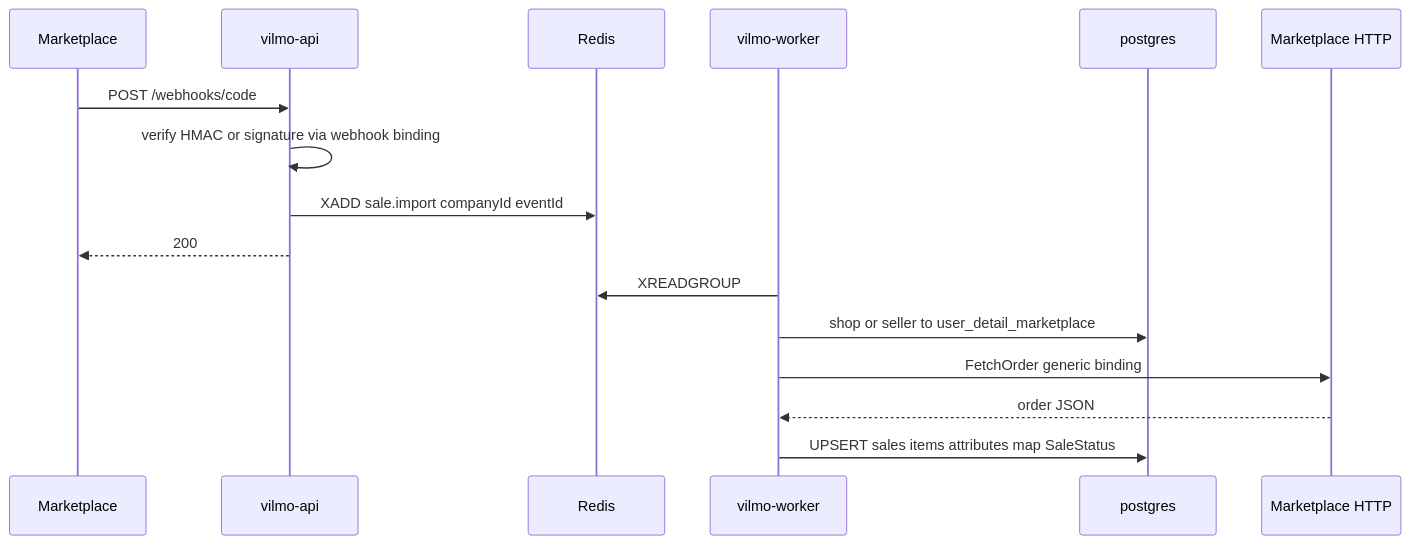
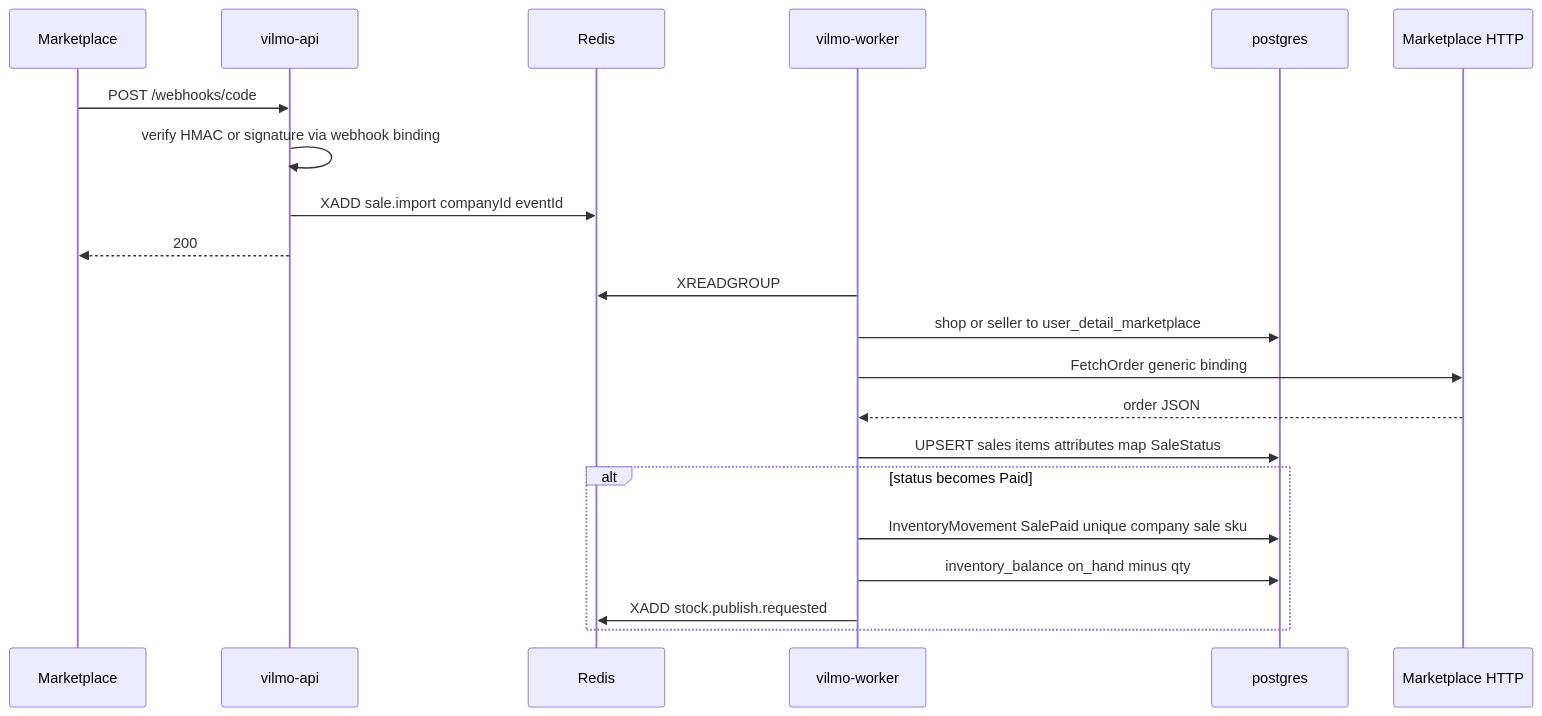
The fourth of 8 diagrams in MD/ARCHITECTURE.md (andrevilmo/VilmoMarketingEngine), drawn with Mermaid before and after one commit. The commit also changed other lines of this file and 13 other files, not shown here.

First line of the commit message:
docs: plan company stock, sale price, and NF-e ingest

````diff
--- a/MD/ARCHITECTURE.md
+++ b/MD/ARCHITECTURE.md
@@ -203,19 +203,24 @@
 ```mermaid
 sequenceDiagram
   participant MP as Marketplace
   participant Api as vilmo-api
   participant Redis
   participant Worker as vilmo-worker
   participant Pg as postgres
   participant MPAPI as Marketplace HTTP
 
   MP->>Api: POST /webhooks/code
   Api->>Api: verify HMAC or signature via webhook binding
   Api->>Redis: XADD sale.import companyId eventId
   Api-->>MP: 200
   Worker->>Redis: XREADGROUP
   Worker->>Pg: shop or seller to user_detail_marketplace
   Worker->>MPAPI: FetchOrder generic binding
   MPAPI-->>Worker: order JSON
   Worker->>Pg: UPSERT sales items attributes map SaleStatus
+  alt status becomes Paid
+    Worker->>Pg: InventoryMovement SalePaid unique company sale sku
+    Worker->>Pg: inventory_balance on_hand minus qty
+    Worker->>Redis: XADD stock.publish.requested
+  end
 ```
````
